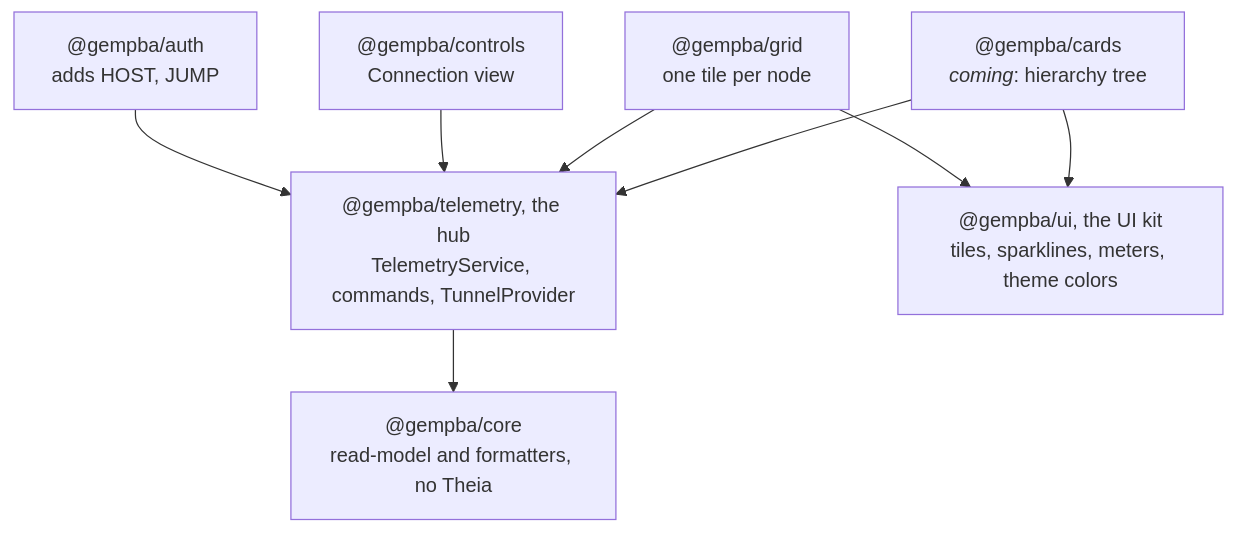
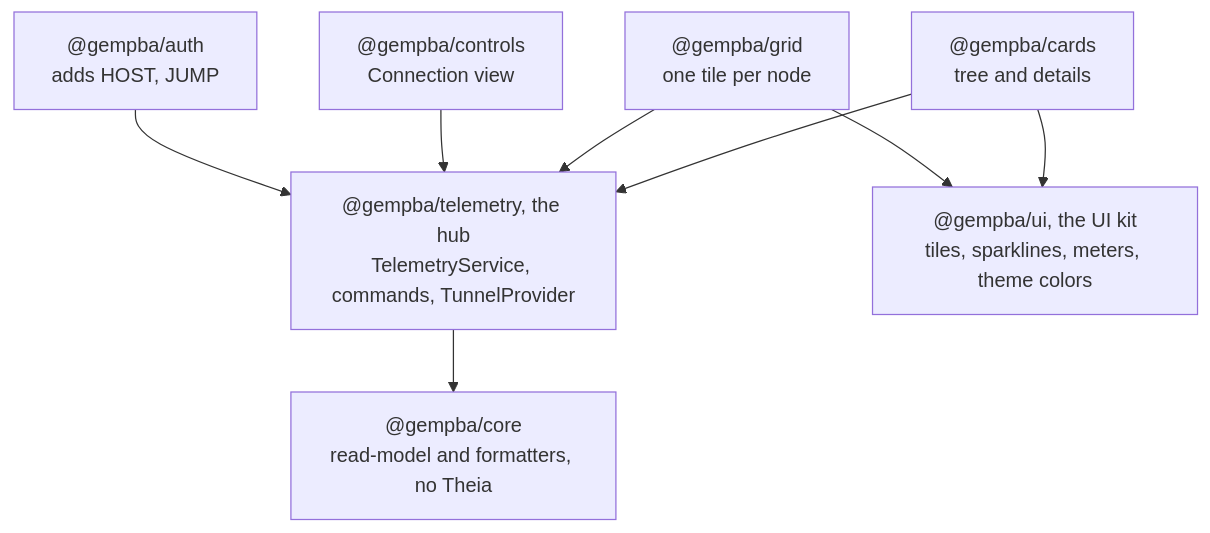
One commit to rapastranac/gempba-dashboard changed the third of 3 diagrams in ARCHITECTURE.md. Above: the diagram before and after it, drawn with Mermaid. The commit also changed other lines of this file, not shown here.

Commit message:
#29 docs: Document the Cards view and hidden views in ARCHITECTURE.md

````diff
--- a/ARCHITECTURE.md
+++ b/ARCHITECTURE.md
@@ -147,17 +151,17 @@
 ```mermaid
 flowchart TB
     auth["@gempba/auth<br/>adds HOST, JUMP"]
     controls["@gempba/controls<br/>Connection view"]
     grid["@gempba/grid<br/>one tile per node"]
-    cards["@gempba/cards<br/><i>coming</i>: hierarchy tree"]
+    cards["@gempba/cards<br/>tree and details"]
     telemetry["@gempba/telemetry, the hub<br/>TelemetryService, commands, TunnelProvider"]
     ui["@gempba/ui, the UI kit<br/>tiles, sparklines, meters, theme colors"]
     core["@gempba/core<br/>read-model and formatters, no Theia"]
     auth --> telemetry
     controls --> telemetry
     grid --> telemetry
     grid --> ui
     cards --> telemetry
     cards --> ui
     telemetry --> core
 ```
````
